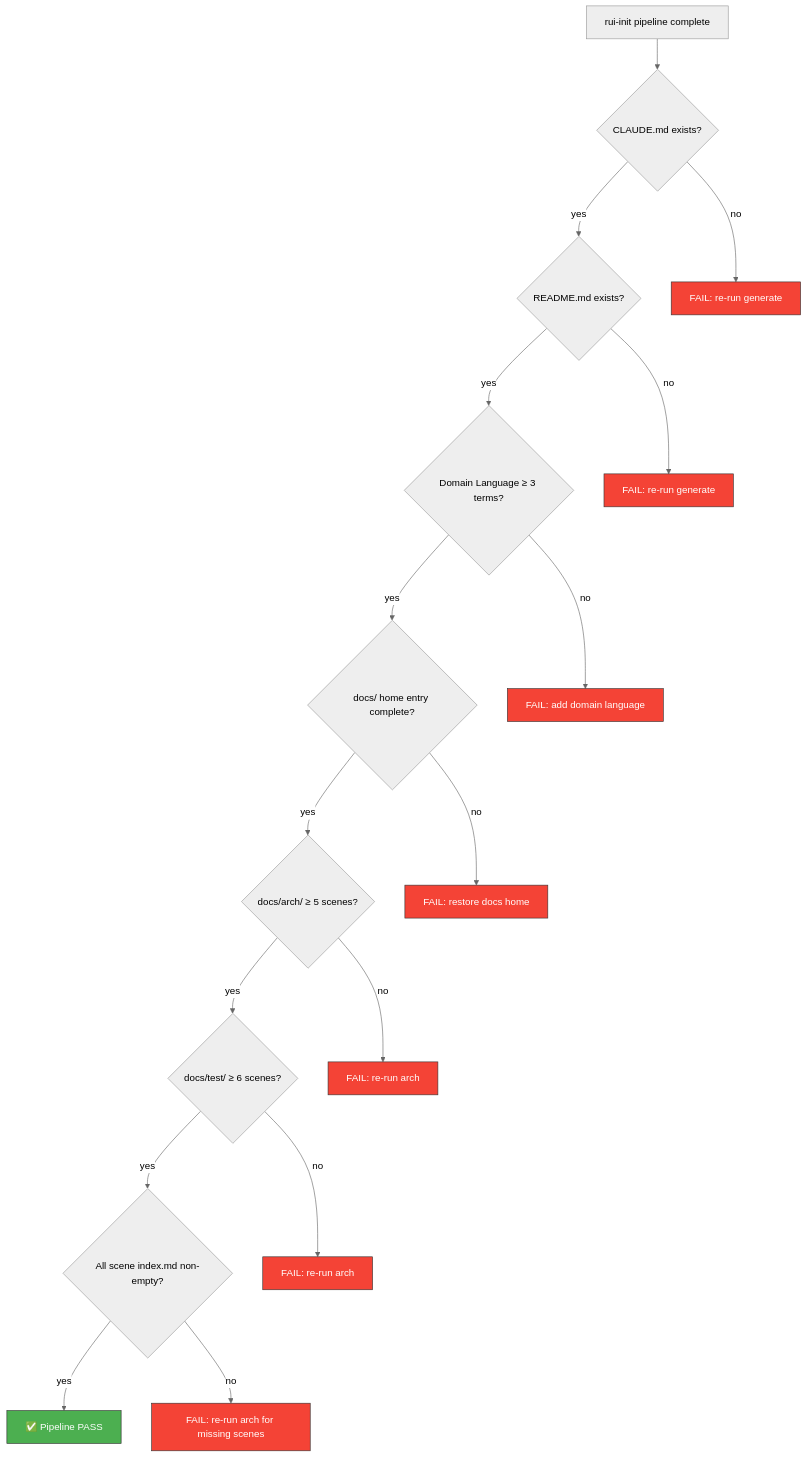
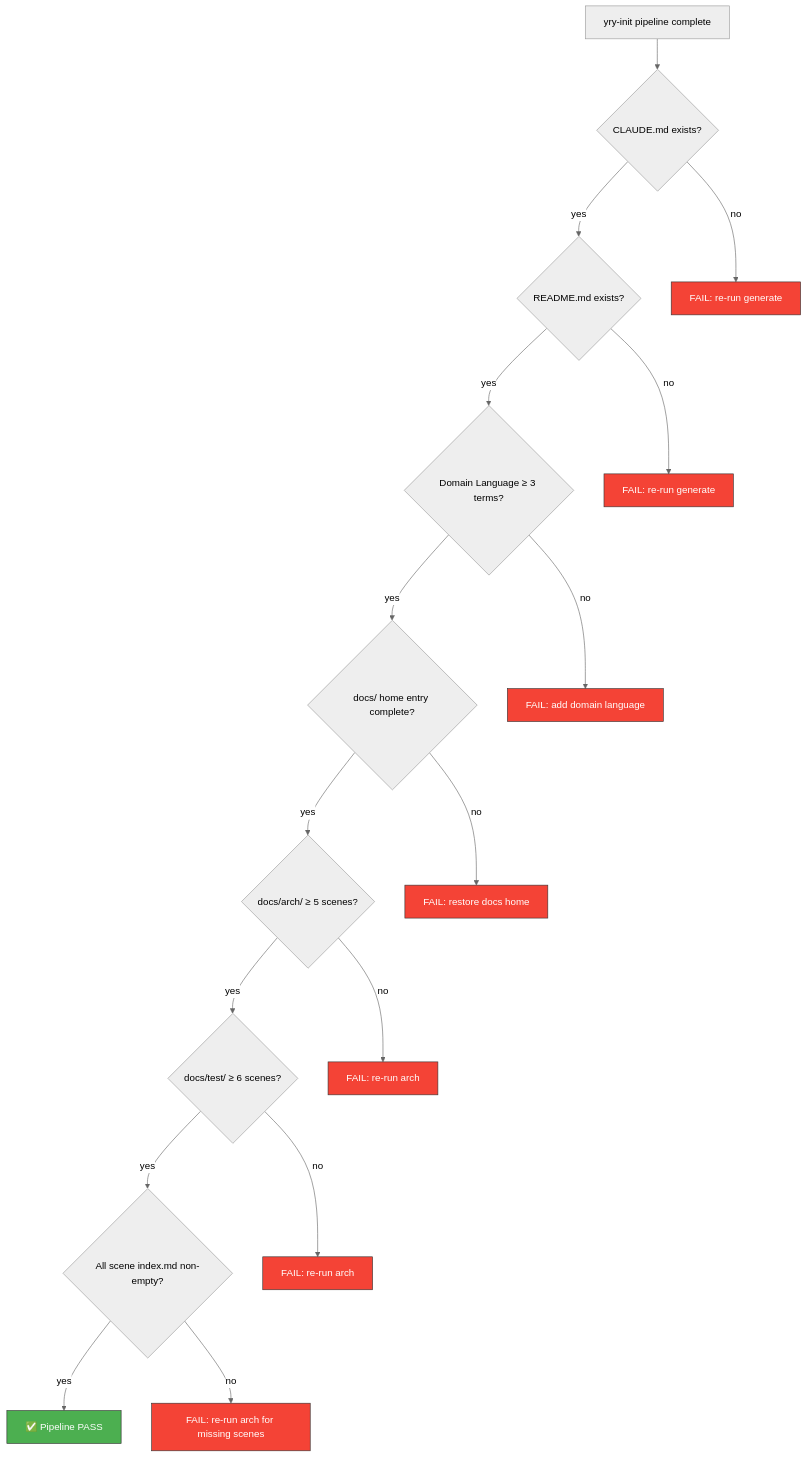
Before and after one commit to effiy/YrY: the diagram in YiDoc/projects/YiH5/test/scene-1-post-init-full-self-check/index.md, drawn with Mermaid (neutral theme). The commit also changed other lines of this file and 1407 other files, not shown here.

````diff
--- a/YiDoc/projects/YiH5/test/scene-1-post-init-full-self-check/index.md
+++ b/YiDoc/projects/YiH5/test/scene-1-post-init-full-self-check/index.md
@@ -9,27 +9,27 @@
 ```mermaid
 graph TD
-    INIT[rui-init pipeline complete] --> C1{CLAUDE.md exists?}
+    INIT[yry-init pipeline complete] --> C1{CLAUDE.md exists?}
     C1 -->|yes| C2{README.md exists?}
     C1 -->|no| FAIL1[FAIL: re-run generate]
     C2 -->|yes| C3{Domain Language ≥ 3 terms?}
     C2 -->|no| FAIL2[FAIL: re-run generate]
     C3 -->|yes| C4{docs/ home entry complete?}
     C3 -->|no| FAIL3[FAIL: add domain language]
     C4 -->|yes| C5{docs/arch/ ≥ 5 scenes?}
     C4 -->|no| FAIL4[FAIL: restore docs home]
     C5 -->|yes| C6{docs/test/ ≥ 6 scenes?}
     C5 -->|no| FAIL5[FAIL: re-run arch]
     C6 -->|yes| C7{All scene index.md non-empty?}
     C6 -->|no| FAIL6[FAIL: re-run arch]
     C7 -->|yes| PASS[✅ Pipeline PASS]
     C7 -->|no| FAIL7[FAIL: re-run arch for missing scenes]
 
     style PASS fill:#4CAF50,stroke:#333,color:#fff
     style FAIL1 fill:#F44336,stroke:#333,color:#fff
     style FAIL2 fill:#F44336,stroke:#333,color:#fff
     style FAIL3 fill:#F44336,stroke:#333,color:#fff
     style FAIL4 fill:#F44336,stroke:#333,color:#fff
     style FAIL5 fill:#F44336,stroke:#333,color:#fff
     style FAIL6 fill:#F44336,stroke:#333,color:#fff
     style FAIL7 fill:#F44336,stroke:#333,color:#fff
 ```
````
